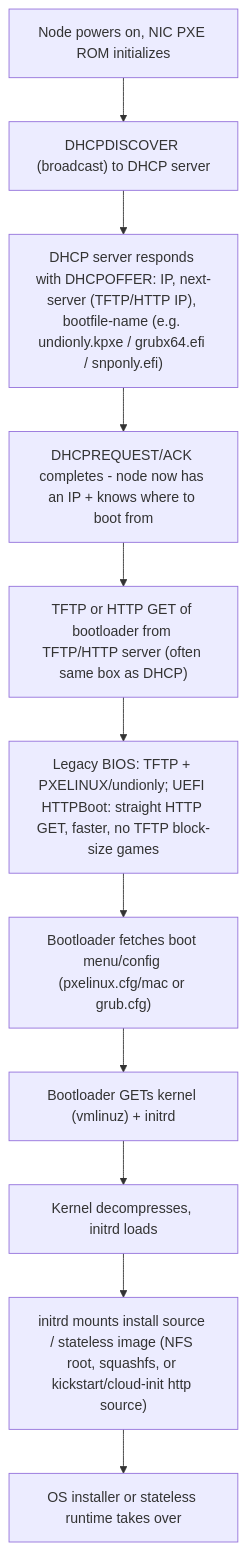
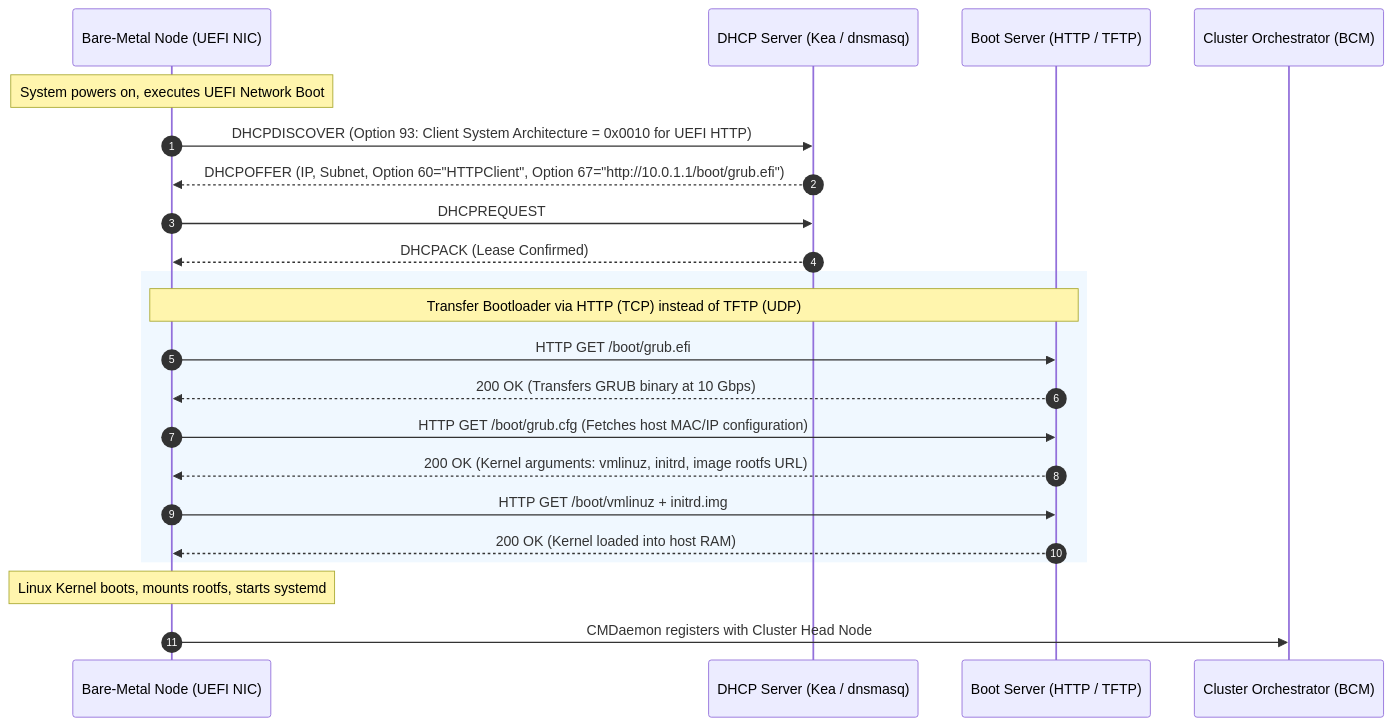
The third of 3 diagrams in docs/volume-10/01-bare-metal-and-bmc-lifecycle.md (jithinpnjm/nvidia-devops), drawn with Mermaid before and after one commit. The commit also changed other lines of this file and 13 other files, not shown here.

Commit message:
docs(volume-10): deep-dive enhancements for AI Factory and Solutions Architect interview readiness

````diff
--- a/docs/volume-10/01-bare-metal-and-bmc-lifecycle.md
+++ b/docs/volume-10/01-bare-metal-and-bmc-lifecycle.md
@@ -303,13 +310,27 @@
 ```mermaid
-flowchart TD
-    A["Node powers on, NIC PXE ROM initializes"] --> B["DHCPDISCOVER (broadcast) to DHCP server"]
-    B --> C["DHCP server responds with DHCPOFFER: IP, next-server (TFTP/HTTP IP), bootfile-name (e.g. undionly.kpxe / grubx64.efi / snponly.efi)"]
-    C --> D["DHCPREQUEST/ACK completes - node now has an IP + knows where to boot from"]
-    D --> E["TFTP or HTTP GET of bootloader from TFTP/HTTP server (often same box as DHCP)"]
-    E --> E1["Legacy BIOS: TFTP + PXELINUX/undionly; UEFI HTTPBoot: straight HTTP GET, faster, no TFTP block-size games"]
-    E1 --> F["Bootloader fetches boot menu/config (pxelinux.cfg/mac or grub.cfg)"]
-    F --> G["Bootloader GETs kernel (vmlinuz) + initrd"]
-    G --> H["Kernel decompresses, initrd loads"]
-    H --> I["initrd mounts install source / stateless image (NFS root, squashfs, or kickstart/cloud-init http source)"]
-    I --> J["OS installer or stateless runtime takes over"]
+sequenceDiagram
+    autonumber
+    participant Node as Bare-Metal Node (UEFI NIC)
+    participant DHCP as DHCP Server (Kea / dnsmasq)
+    participant TFTP_HTTP as Boot Server (HTTP / TFTP)
+    participant BCM as Cluster Orchestrator (BCM)
+
+    Note over Node: System powers on, executes UEFI Network Boot
+    Node->>DHCP: DHCPDISCOVER (Option 93: Client System Architecture = 0x0010 for UEFI HTTP)
+    DHCP-->>Node: DHCPOFFER (IP, Subnet, Option 60="HTTPClient", Option 67="http://10.0.1.1/boot/grub.efi")
+    Node->>DHCP: DHCPREQUEST
+    DHCP-->>Node: DHCPACK (Lease Confirmed)
+    
+    rect rgb(240, 248, 255)
+    Note over Node,TFTP_HTTP: Transfer Bootloader via HTTP (TCP) instead of TFTP (UDP)
+    Node->>TFTP_HTTP: HTTP GET /boot/grub.efi
+    TFTP_HTTP-->>Node: 200 OK (Transfers GRUB binary at 10 Gbps)
+    Node->>TFTP_HTTP: HTTP GET /boot/grub.cfg (Fetches host MAC/IP configuration)
+    TFTP_HTTP-->>Node: 200 OK (Kernel arguments: vmlinuz, initrd, image rootfs URL)
+    Node->>TFTP_HTTP: HTTP GET /boot/vmlinuz + initrd.img
+    TFTP_HTTP-->>Node: 200 OK (Kernel loaded into host RAM)
+    end
+    
+    Note over Node: Linux Kernel boots, mounts rootfs, starts systemd
+    Node->>BCM: CMDaemon registers with Cluster Head Node
 ```
````
